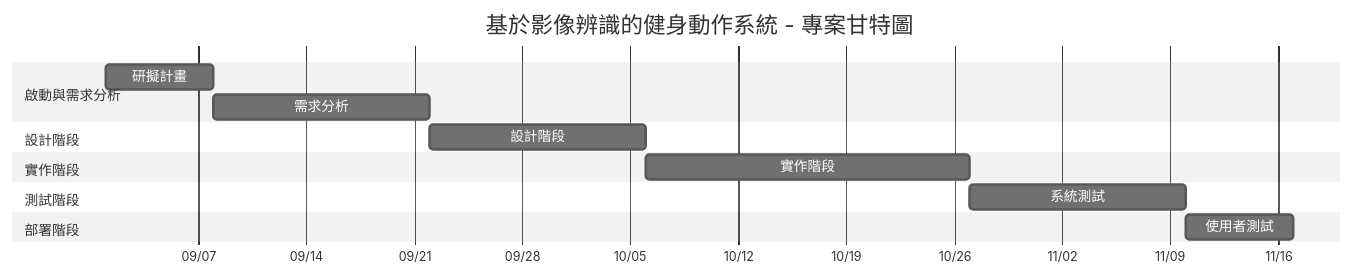
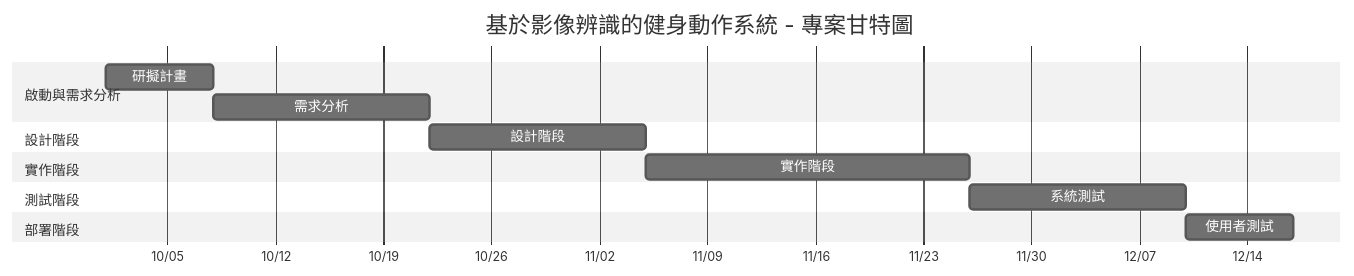
The diagram in 小組作業2.md (kyw012/team-project), drawn with Mermaid (neutral theme) before and after one commit. The commit also changed other lines of this file, not shown here.

````diff
--- a/小組作業2.md
+++ b/小組作業2.md
@@ -15,17 +15,17 @@
 ```mermaid
 gantt
     title 基於影像辨識的健身動作系統 - 專案甘特圖
     dateFormat  YYYY-MM-DD
     axisFormat  %m/%d
     section 啟動與需求分析
-    研擬計畫    :init, 2025-09-01, 7d
+    研擬計畫    :init, 2025-10-01, 7d
     需求分析 :req, after init, 14d
     section 設計階段
     設計階段          :design, after req, 14d
     section 實作階段
     實作階段        :impl, after design, 21d
     section 測試階段
     系統測試               :test, after impl, 14d
     section 部署階段
     使用者測試            :deploy, after test, 7d
 ```
````
